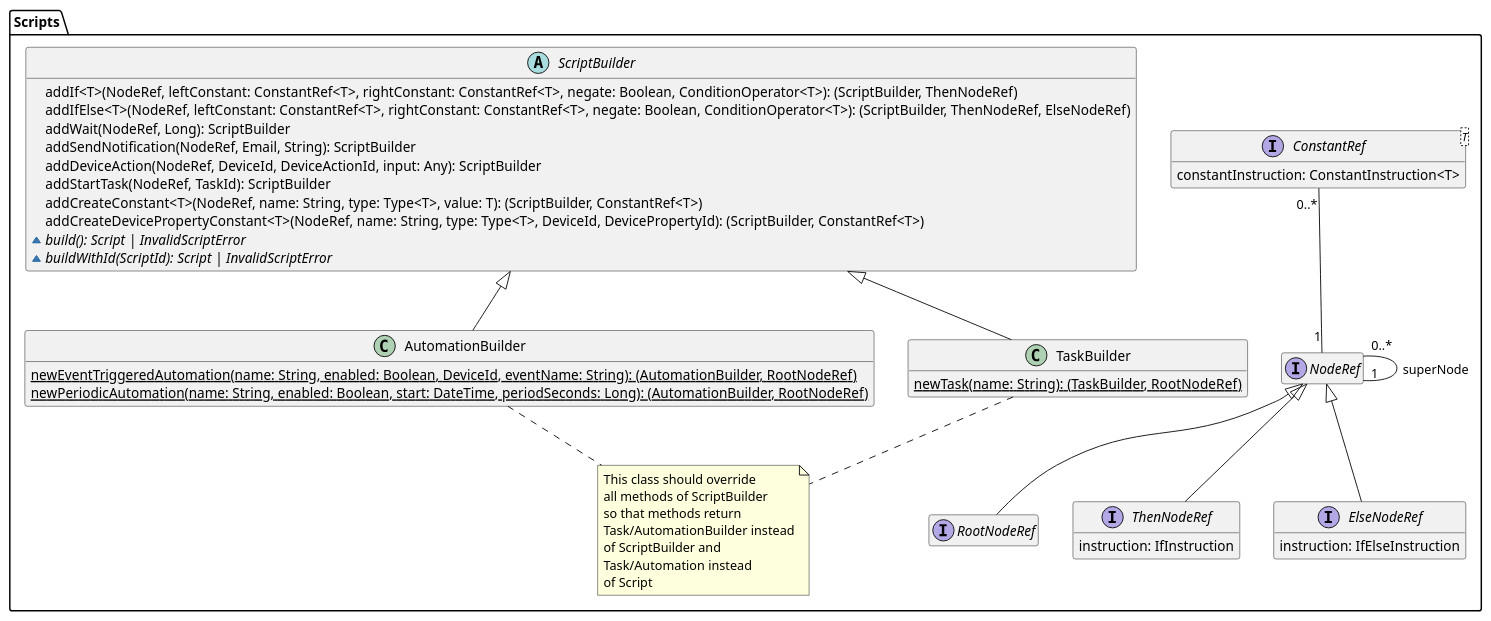
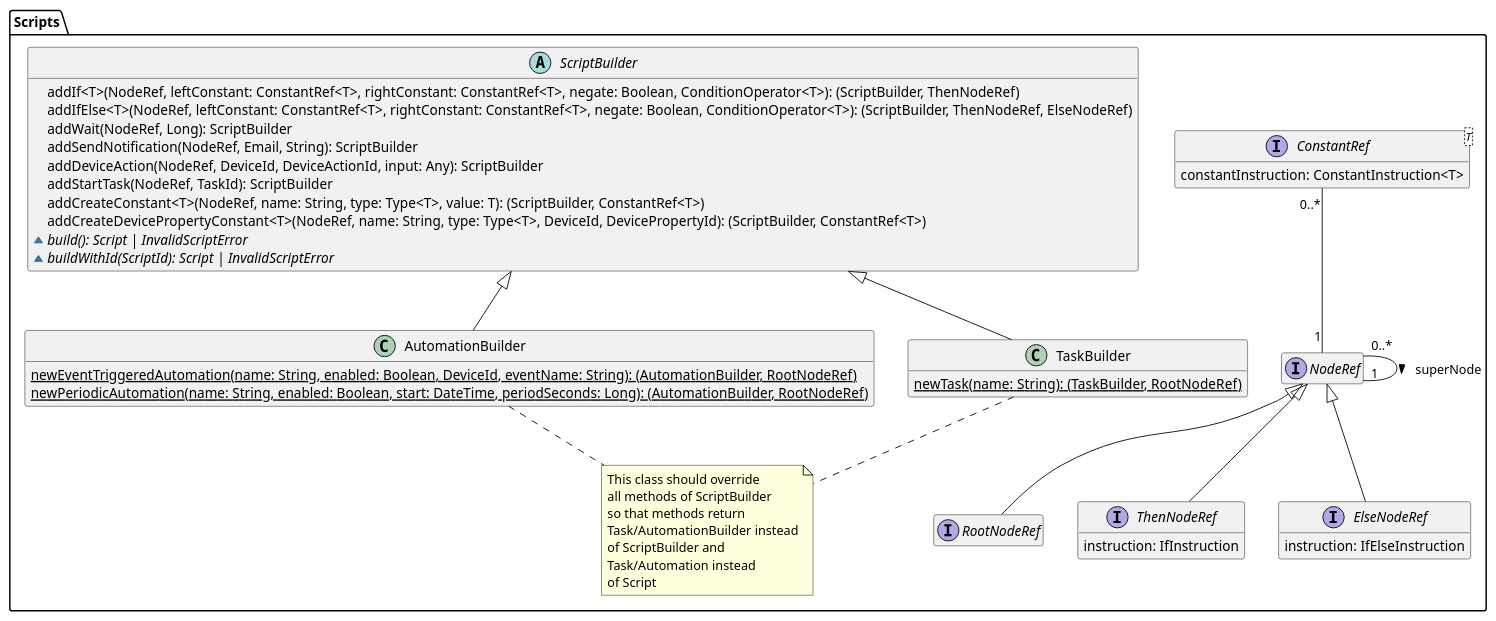
Before and after one commit to DomoticASW/.github: the diagram in diagrams/src/scripts-builders-domain-model.puml, drawn with PlantUML. The commit also changed 3 other files, not shown here.

Commit message:
Update diagram of scripts domain model

```diff
--- a/diagrams/src/scripts-builders-domain-model.puml
+++ b/diagrams/src/scripts-builders-domain-model.puml
@@ -1,56 +1,56 @@
 @startuml scripts-builders-domain-model
 
 hide empty members
 
 package "Scripts" {
     interface NodeRef
 
     interface RootNodeRef extends NodeRef
     interface ThenNodeRef extends NodeRef {
         instruction: IfInstruction
     }
     interface ElseNodeRef extends NodeRef {
         instruction: IfElseInstruction
     }
     interface ConstantRef<T> {
         constantInstruction: ConstantInstruction<T>
     }
 
     abstract class ScriptBuilder {
         addIf<T>(NodeRef, leftConstant: ConstantRef<T>, rightConstant: ConstantRef<T>, negate: Boolean, ConditionOperator<T>): (ScriptBuilder, ThenNodeRef)
         addIfElse<T>(NodeRef, leftConstant: ConstantRef<T>, rightConstant: ConstantRef<T>, negate: Boolean, ConditionOperator<T>): (ScriptBuilder, ThenNodeRef, ElseNodeRef)
         addWait(NodeRef, Long): ScriptBuilder
         addSendNotification(NodeRef, Email, String): ScriptBuilder
         addDeviceAction(NodeRef, DeviceId, DeviceActionId, input: Any): ScriptBuilder
         addStartTask(NodeRef, TaskId): ScriptBuilder
         addCreateConstant<T>(NodeRef, name: String, type: Type<T>, value: T): (ScriptBuilder, ConstantRef<T>)
         addCreateDevicePropertyConstant<T>(NodeRef, name: String, type: Type<T>, DeviceId, DevicePropertyId): (ScriptBuilder, ConstantRef<T>)
         {abstract} ~ build(): Script | InvalidScriptError
         {abstract} ~ buildWithId(ScriptId): Script | InvalidScriptError
     }
 
     ' It may be useful to use composition instead of inheritance for Task and Automations with regards to Script
     class TaskBuilder extends ScriptBuilder {
         {static} newTask(name: String): (TaskBuilder, RootNodeRef)
     }
     class AutomationBuilder extends ScriptBuilder {
         {static} newEventTriggeredAutomation(name: String, enabled: Boolean, DeviceId, eventName: String): (AutomationBuilder, RootNodeRef)
         {static} newPeriodicAutomation(name: String, enabled: Boolean, start: DateTime, periodSeconds: Long): (AutomationBuilder, RootNodeRef)
     }
     note as ScriptBuilderNote
         This class should override
         all methods of ScriptBuilder
         so that methods return 
         Task/AutomationBuilder instead
         of ScriptBuilder and 
         Task/Automation instead
         of Script
     end note
 
     ScriptBuilderNote .u. TaskBuilder
     ScriptBuilderNote .u. AutomationBuilder
     ConstantRef "0..*" -- "1" NodeRef
-    NodeRef "0..*" -- "1" NodeRef: superNode
+    NodeRef "0..*" -- "1" NodeRef: superNode >
 }
 
 @enduml
```
